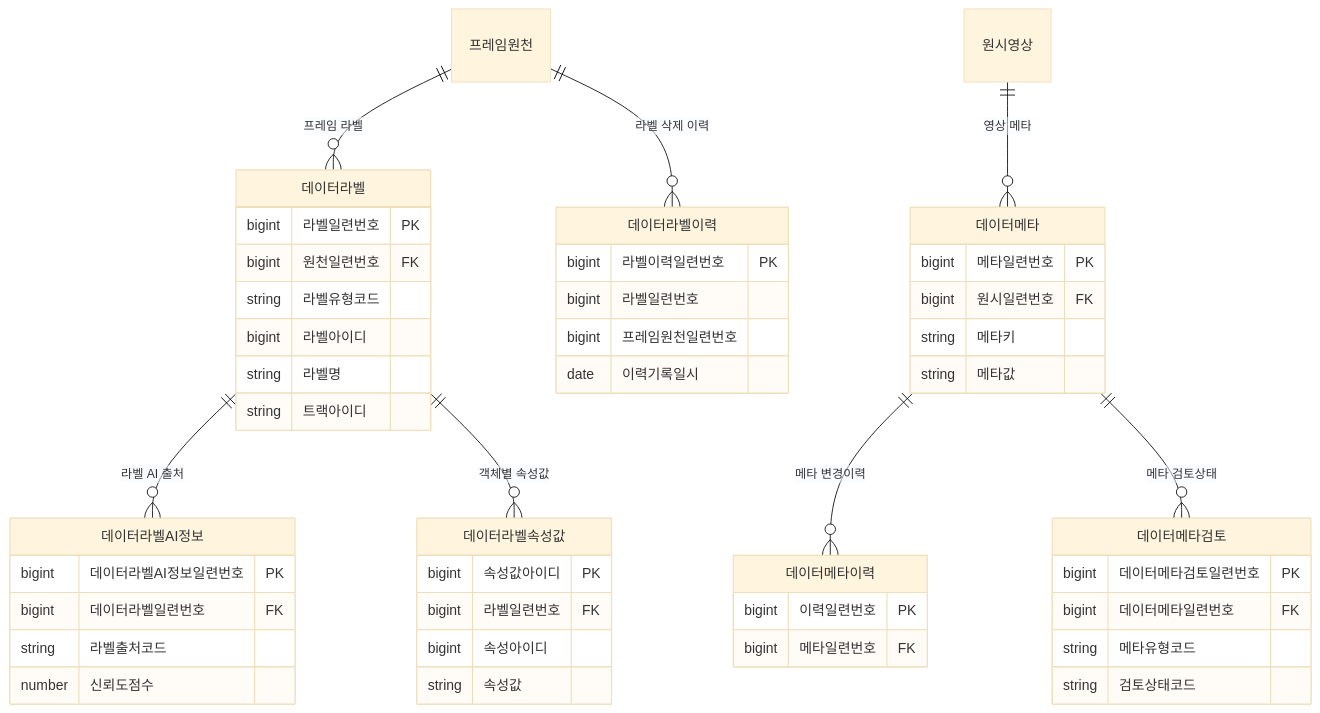
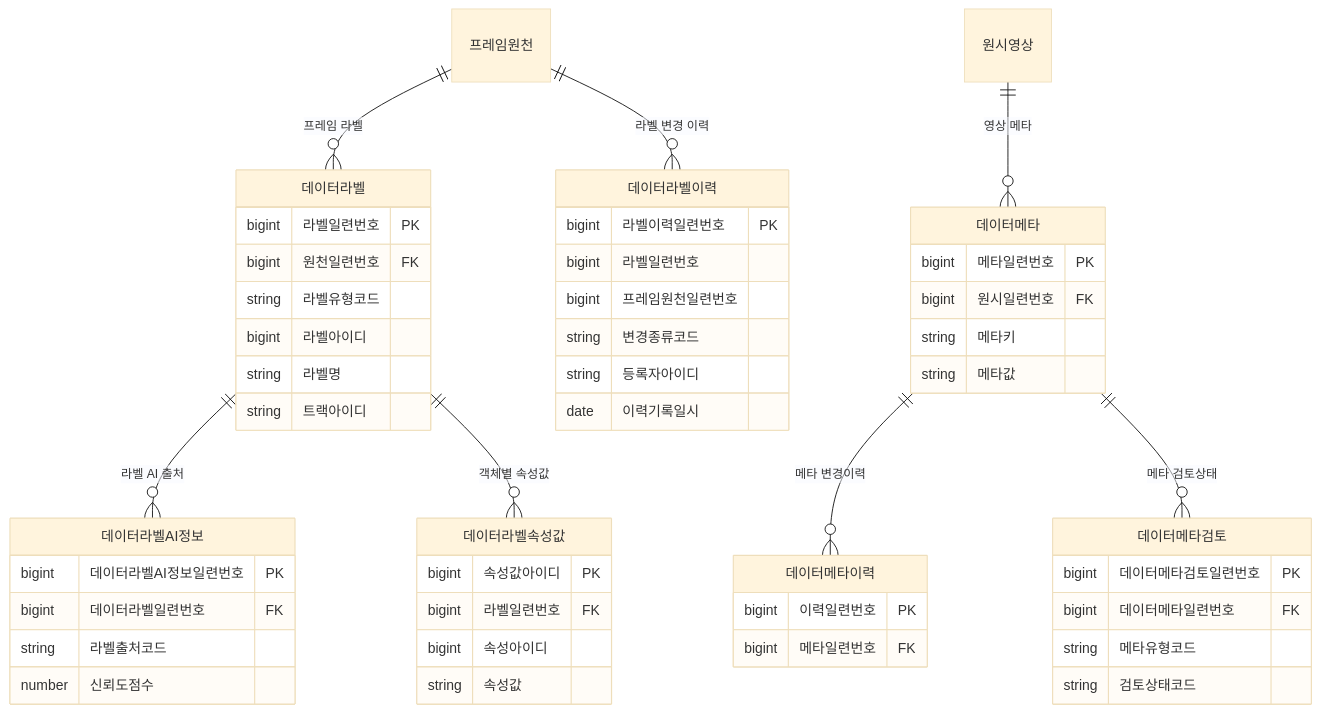
One commit to New-stella/klid-label changed the second of 14 diagrams in docs/design/D8-엔티티관계모형설계서.md. Above: the diagram before and after it, drawn with Mermaid (base theme). The commit also changed other lines of this file and 78 other files, not shown here.

````diff
--- a/docs/design/D8-엔티티관계모형설계서.md
+++ b/docs/design/D8-엔티티관계모형설계서.md
@@ -99,59 +100,61 @@
 ```mermaid
 erDiagram
     프레임원천 ||--o{ 데이터라벨 : "프레임 라벨"
     데이터라벨 ||--o{ 데이터라벨AI정보 : "라벨 AI 출처"
     데이터라벨 ||--o{ 데이터라벨속성값 : "객체별 속성값"
     원시영상 ||--o{ 데이터메타 : "영상 메타"
     데이터메타 ||--o{ 데이터메타이력 : "메타 변경이력"
     데이터메타 ||--o{ 데이터메타검토 : "메타 검토상태"
-    프레임원천 ||--o{ 데이터라벨이력 : "라벨 삭제 이력"
+    프레임원천 ||--o{ 데이터라벨이력 : "라벨 변경 이력"
     데이터라벨 {
         %% class: LsDataLbl (KLID-AT-DC-073)
         bigint 라벨일련번호 PK
         bigint 원천일련번호 FK
         string 라벨유형코드
         bigint 라벨아이디
         string 라벨명
         string 트랙아이디
     }
     데이터라벨AI정보 {
         %% class: LsDataLblAiInfo (KLID-AT-DC-078)
         bigint 데이터라벨AI정보일련번호 PK
         bigint 데이터라벨일련번호 FK
         string 라벨출처코드
         number 신뢰도점수
     }
     데이터라벨속성값 {
         %% class: LsDataLblAttrVal (KLID-AT-DC-074)
         bigint 속성값아이디 PK
         bigint 라벨일련번호 FK
         bigint 속성아이디
         string 속성값
     }
     데이터메타 {
         %% class: LsDataMeta (KLID-AT-DC-044)
         bigint 메타일련번호 PK
         bigint 원시일련번호 FK
         string 메타키
         string 메타값
     }
     데이터메타이력 {
         %% class: - ※ (D1 미정의 · 부속/이력 엔티티)
         bigint 이력일련번호 PK
         bigint 메타일련번호 FK
     }
     데이터메타검토 {
         %% class: LsDataMetaReview (KLID-AT-DC-112)
         bigint 데이터메타검토일련번호 PK
         bigint 데이터메타일련번호 FK
         string 메타유형코드
         string 검토상태코드
     }
     데이터라벨이력 {
         %% class: LsDataLblHstry (KLID-AT-DC-093)
         bigint 라벨이력일련번호 PK
         bigint 라벨일련번호
         bigint 프레임원천일련번호
+        string 변경종류코드
+        string 등록자아이디
         date 이력기록일시
     }
 ```
````
